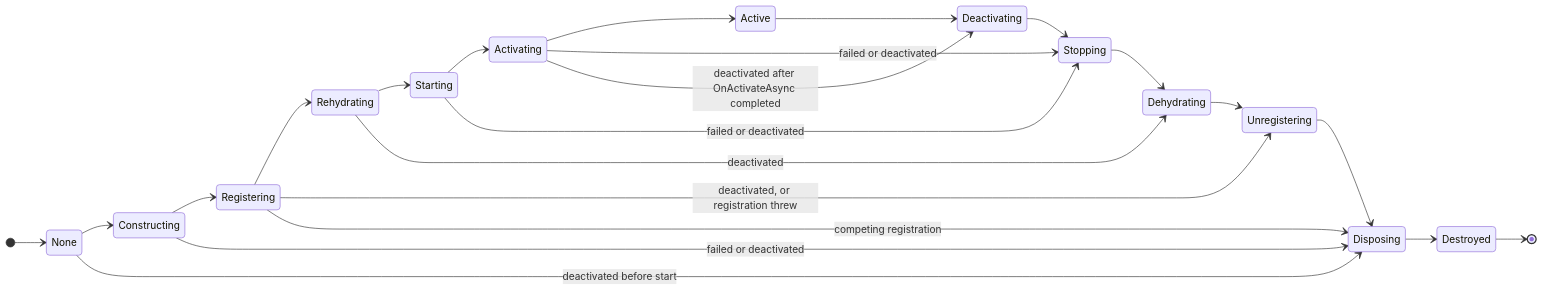
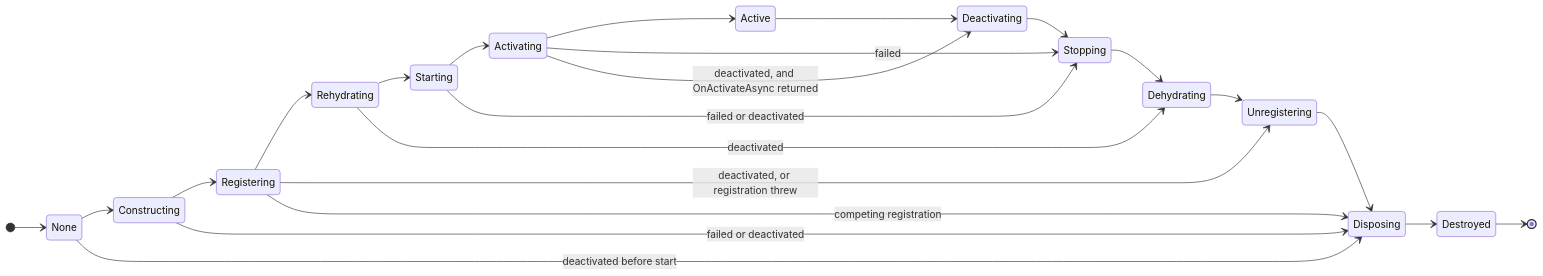
One commit to dotnet/orleans changed the first of 2 diagrams in docs/site/src/content/docs/implementation/activation-lifecycle.md. Above: the diagram before and after it, drawn with Mermaid. The commit also changed other lines of this file and 8 other files, not shown here.

````diff
--- a/docs/site/src/content/docs/implementation/activation-lifecycle.md
+++ b/docs/site/src/content/docs/implementation/activation-lifecycle.md
@@ -12,26 +12,26 @@
 ```mermaid
 stateDiagram-v2
     direction LR
     [*] --> None
     None --> Constructing
     Constructing --> Registering
     Registering --> Rehydrating
     Rehydrating --> Starting
     Starting --> Activating
     Activating --> Active
     Active --> Deactivating
     Deactivating --> Stopping
     Stopping --> Dehydrating
     Dehydrating --> Unregistering
     Unregistering --> Disposing
     Disposing --> Destroyed
     Destroyed --> [*]
     None --> Disposing: deactivated before start
     Constructing --> Disposing: failed or deactivated
     Registering --> Unregistering: deactivated, or registration threw
     Registering --> Disposing: competing registration
     Rehydrating --> Dehydrating: deactivated
     Starting --> Stopping: failed or deactivated
-    Activating --> Stopping: failed or deactivated
-    Activating --> Deactivating: deactivated after OnActivateAsync completed
+    Activating --> Stopping: failed
+    Activating --> Deactivating: deactivated, and OnActivateAsync returned
 ```
````
